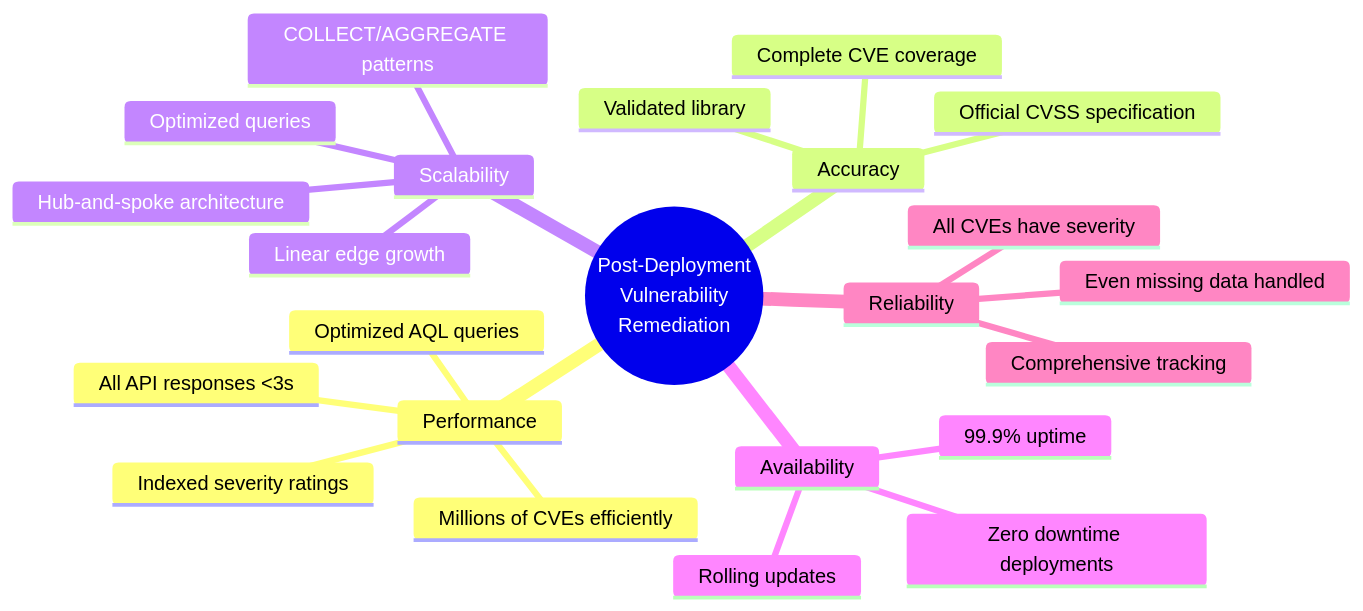
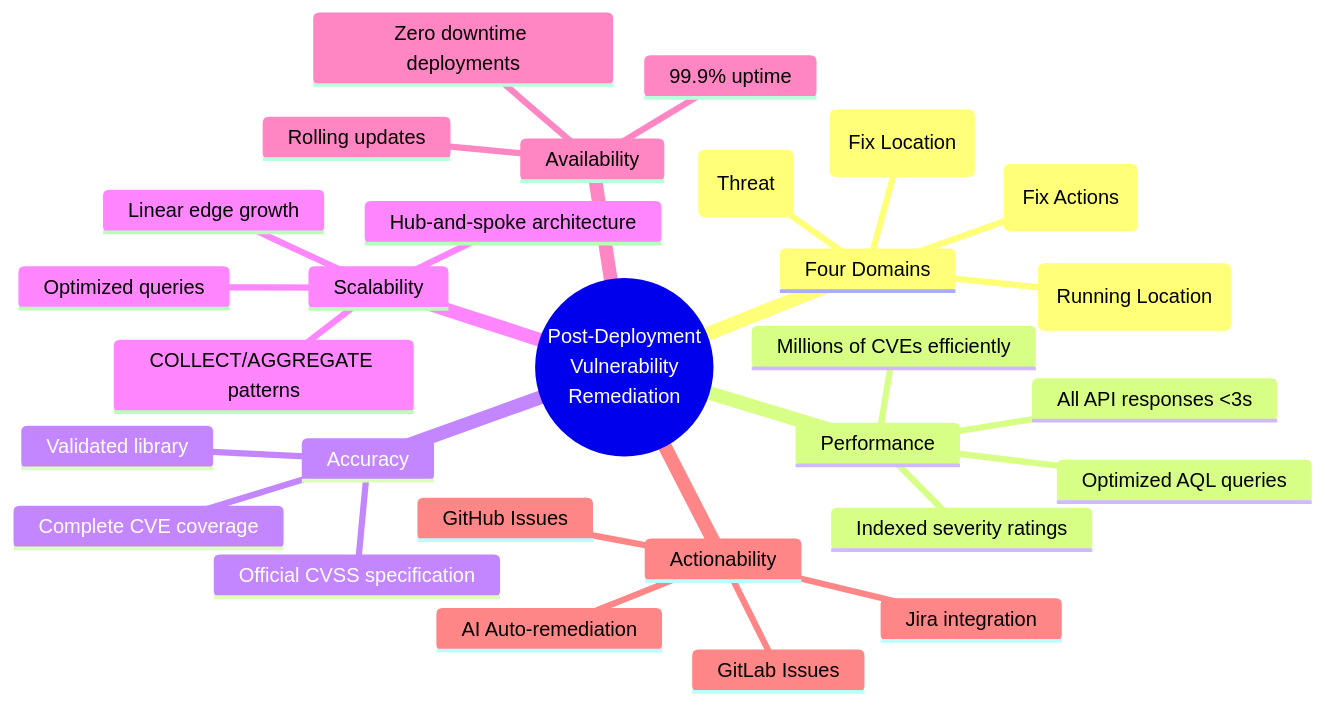
Before and after one commit to ortelius/cve2release-tracker: diagram 16 of 16 in design.md, drawn with Mermaid. The commit also changed other lines of this file and 1 other file, not shown here.

````diff
--- a/design.md
+++ b/design.md
@@ -2093,26 +1105,32 @@
 ```mermaid
 mindmap
   root((Post-Deployment<br/>Vulnerability<br/>Remediation))
+    Four Domains
+      Vulnerabilities (Threat)
+      Project Releases (Fix Location)
+      Synced Endpoints (Running Location)
+      Mitigations (Fix Actions)
     Performance
       All API responses <3s
       Indexed severity ratings
       Optimized AQL queries
       Millions of CVEs efficiently
     Accuracy
       Official CVSS specification
       Validated library
       Complete CVE coverage
     Scalability
       Linear edge growth
       Hub-and-spoke architecture
       Optimized queries
       COLLECT/AGGREGATE patterns
     Availability
       Rolling updates
       99.9% uptime
       Zero downtime deployments
-    Reliability
-      All CVEs have severity
-      Even missing data handled
-      Comprehensive tracking
+    Actionability
+      Jira integration
+      GitHub Issues
+      GitLab Issues
+      AI Auto-remediation
 ```
````
